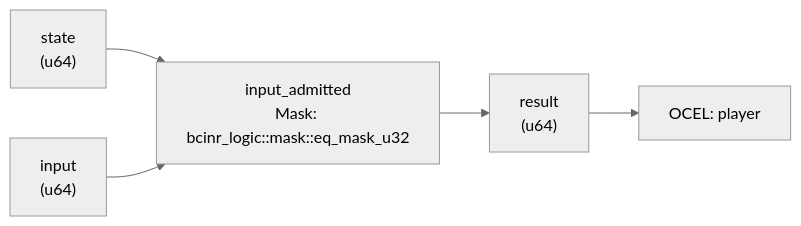
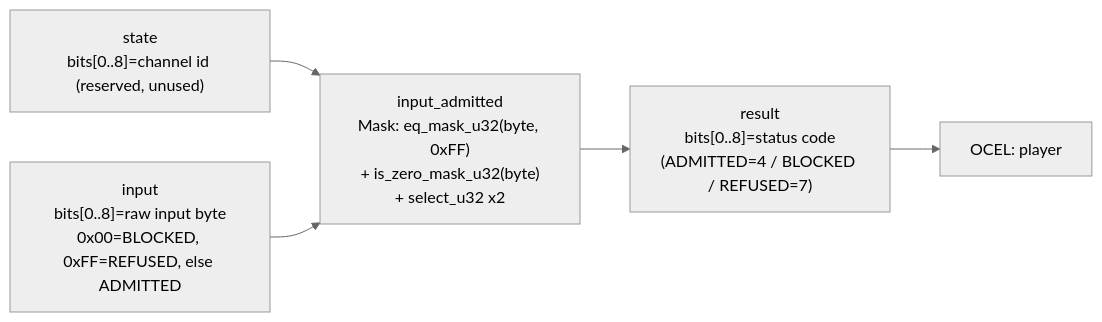
Before and after one commit to seanchatmangpt/bcinr: the diagram in crates/wasm4games/docs/patterns/input_admitted.md, drawn with Mermaid (neutral theme). The commit also changed other lines of this file and 20 other files, not shown here.

````diff
--- a/crates/wasm4games/docs/patterns/input_admitted.md
+++ b/crates/wasm4games/docs/patterns/input_admitted.md
@@ -56,12 +42,12 @@
 ```mermaid
 graph LR
-    state["state\n(u64)"]
-    input["input\n(u64)"]
-    kernel["input_admitted\nMask: bcinr_logic::mask::eq_mask_u32"]
-    result["result\n(u64)"]
+    state["state\nbits[0..8]=channel id (reserved, unused)"]
+    input["input\nbits[0..8]=raw input byte\n0x00=BLOCKED, 0xFF=REFUSED, else ADMITTED"]
+    kernel["input_admitted\nMask: eq_mask_u32(byte, 0xFF)\n+ is_zero_mask_u32(byte)\n+ select_u32 x2"]
+    result["result\nbits[0..8]=status code\n(ADMITTED=4 / BLOCKED / REFUSED=7)"]
     state --> kernel
     input --> kernel
     kernel --> result
     ocel_0["OCEL: player"]
     result --> ocel_0
 ```
````
